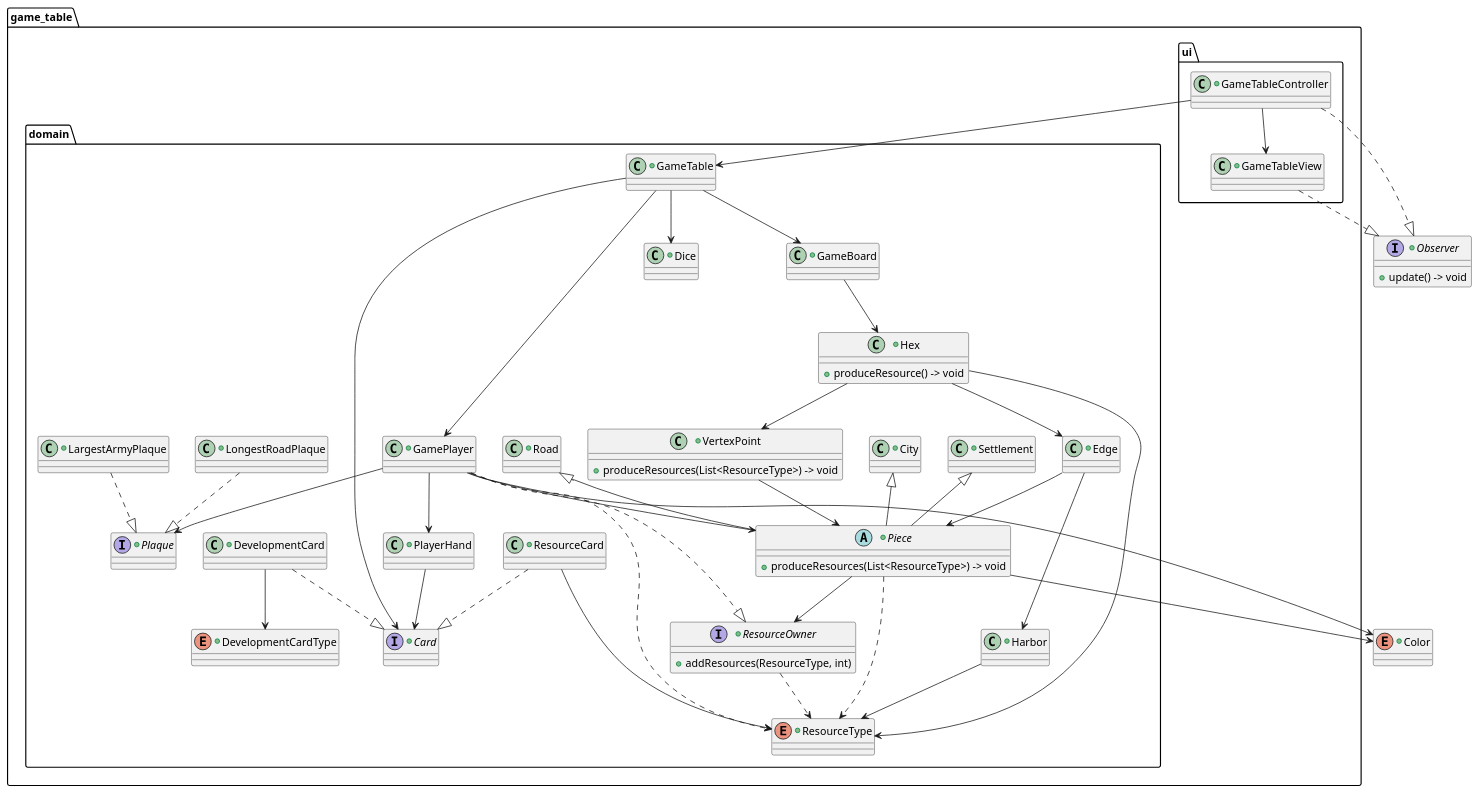
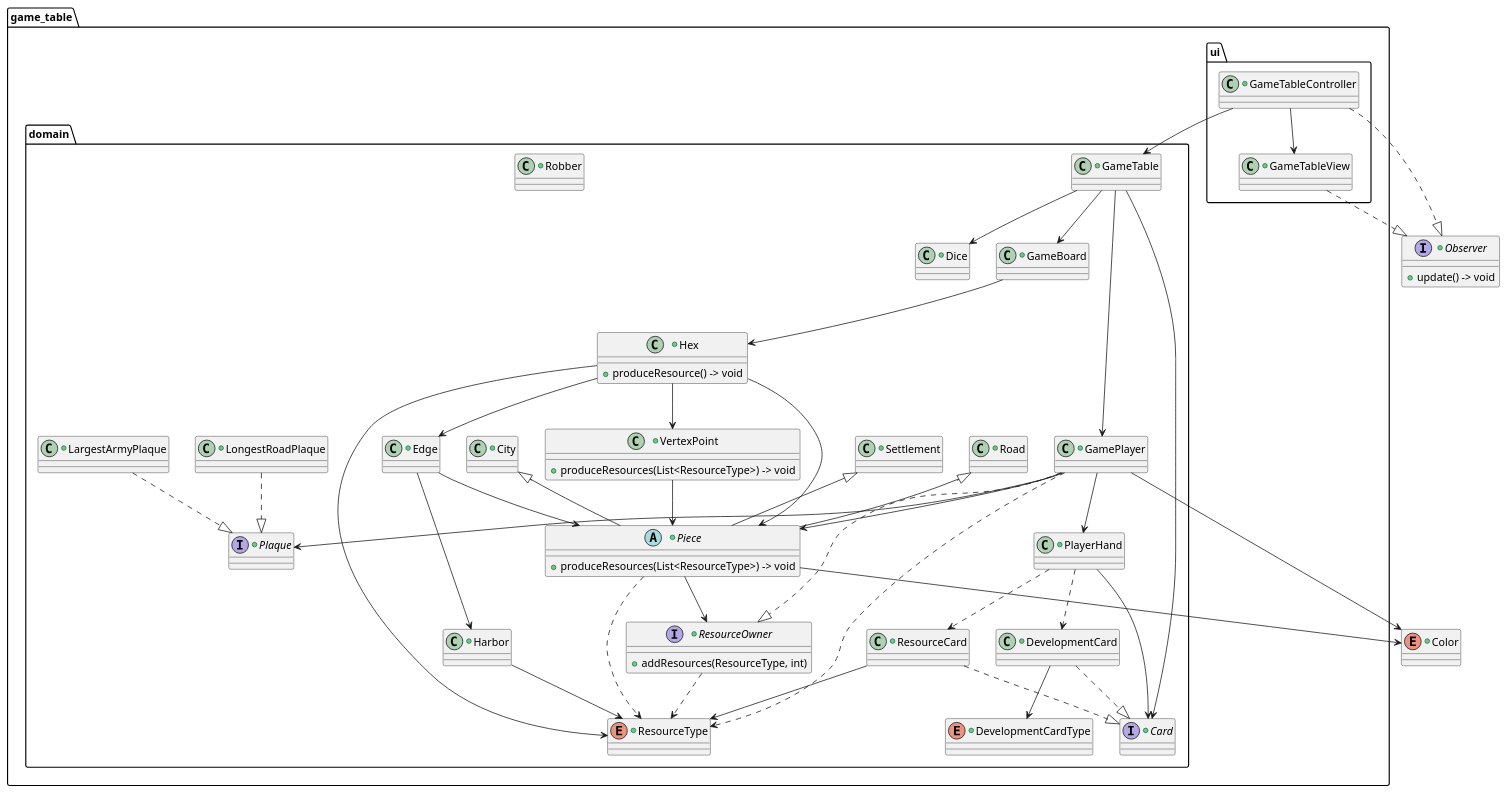
One commit to nu-cs-sqe/cs380-software-quality-engineering-20262701-course-project-group-5 changed the diagram in docs/design/game_table.puml. Above: the diagram before and after it, drawn with PlantUML.

Commit message:
Updated draft with hex having piece (robber)

```diff
--- a/docs/design/game_table.puml
+++ b/docs/design/game_table.puml
@@ -1,145 +1,151 @@
 @startuml
 
 +interface Observer {
     +update() -> void
 }
 
 +enum Color {
 }
 
 package game_table {
 
 package ui {
 
     +class GameTableController {
     }
 
     +class GameTableView {
     }
 
 }
 
 package domain {
 
     +class GameTable {
     }
 
     +class GamePlayer {
     }
 
     +interface ResourceOwner {
         +addResources(ResourceType, int)
     }
 
     +class PlayerHand {
     }
 
     +class GameBoard {
     }
 
     +class Hex {
         +produceResource() -> void
     }
 
     +class VertexPoint {
         +produceResources(List<ResourceType>) -> void
     }
 
     +class Edge {
     }
 
     +abstract class Piece {
         +produceResources(List<ResourceType>) -> void
     }
 
     +class Settlement {
     }
 
     +class City {
     }
 
     +class Road {
     }
 
+    +class Robber {
+    }
+
     +class Harbor {
     }
 
     +class Dice {
     }
 
     +interface Card {
     }
 
     +class ResourceCard {
     }
 
     +class DevelopmentCard {
     }
 
     +enum ResourceType {
     }
 
     +enum DevelopmentCardType {
     }
 
     +interface Plaque {
     }
 
     +class LongestRoadPlaque {
     }
 
     +class LargestArmyPlaque {
     }
 
 }
 
 }
 
 GameTableController --> GameTableView
 GameTableController --> GameTable
 GameTableController ..|> Observer
 GameTableView ..|> Observer
 
 GameTable --> GamePlayer
 GameTable --> GameBoard
 GameTable --> Card
 GameTable --> Dice
 
 GamePlayer --> PlayerHand
 GamePlayer --> Piece
 GamePlayer --> Color
 GamePlayer --> Plaque
 GamePlayer ..|> ResourceOwner
 GamePlayer ..> ResourceType
 ResourceOwner ..> ResourceType
 
 GameBoard --> Hex
 
+Hex --> Piece
 Hex --> VertexPoint
 Hex --> Edge
 Hex --> ResourceType
 
 VertexPoint --> Piece
 Edge --> Piece
 Edge --> Harbor
 Harbor --> ResourceType
 
 PlayerHand --> Card
+PlayerHand ..> ResourceCard
+PlayerHand ..> DevelopmentCard
 
 Settlement <|-- Piece
 City <|-- Piece
 Road <|-- Piece
 
 Piece --> ResourceOwner
 Piece ..> ResourceType
 Piece --> Color
 
 ResourceCard ..|> Card
 ResourceCard --> ResourceType
 DevelopmentCard ..|> Card
 DevelopmentCard --> DevelopmentCardType
 
 LongestRoadPlaque ..|> Plaque
 LargestArmyPlaque ..|> Plaque
 
 @enduml
```
